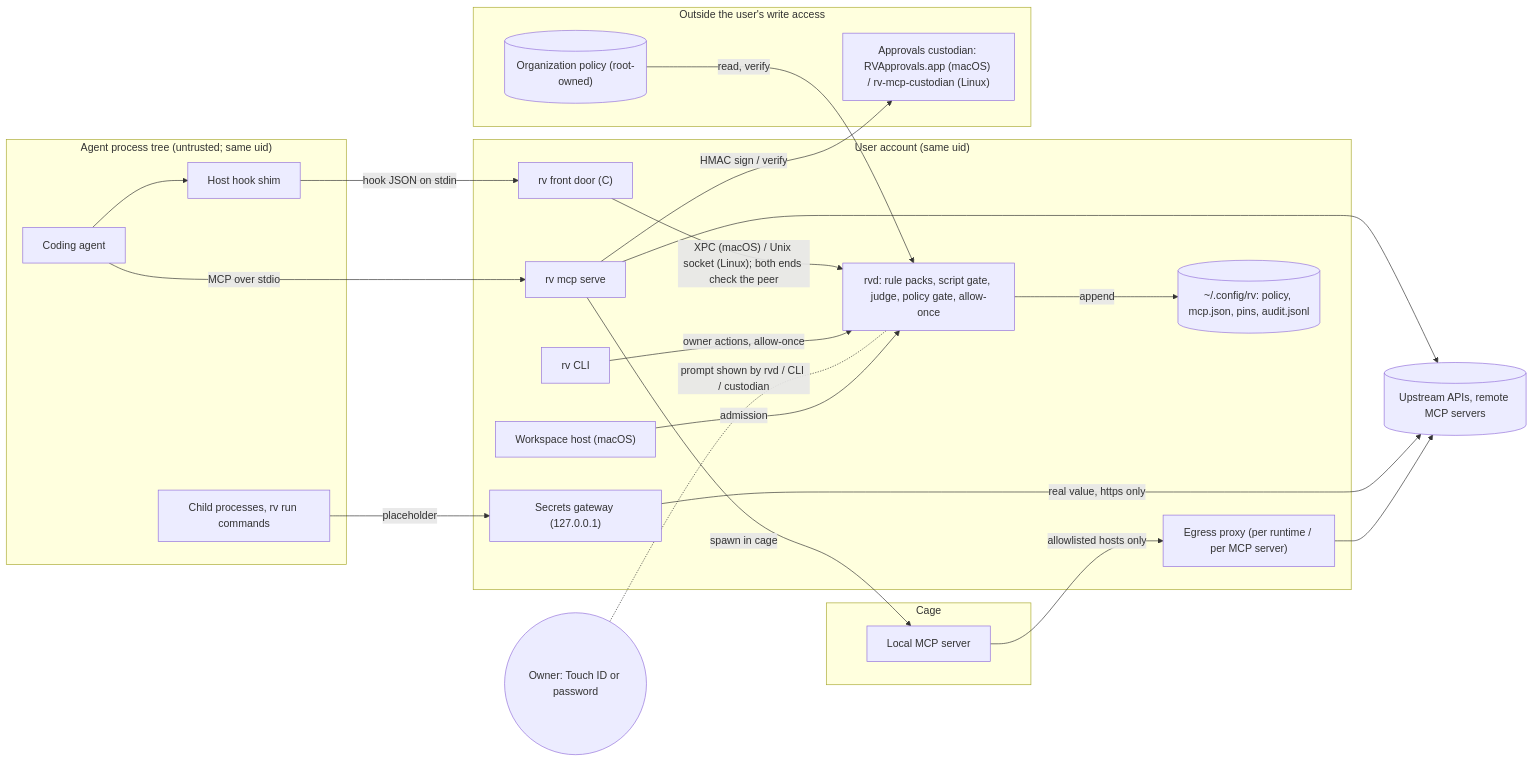
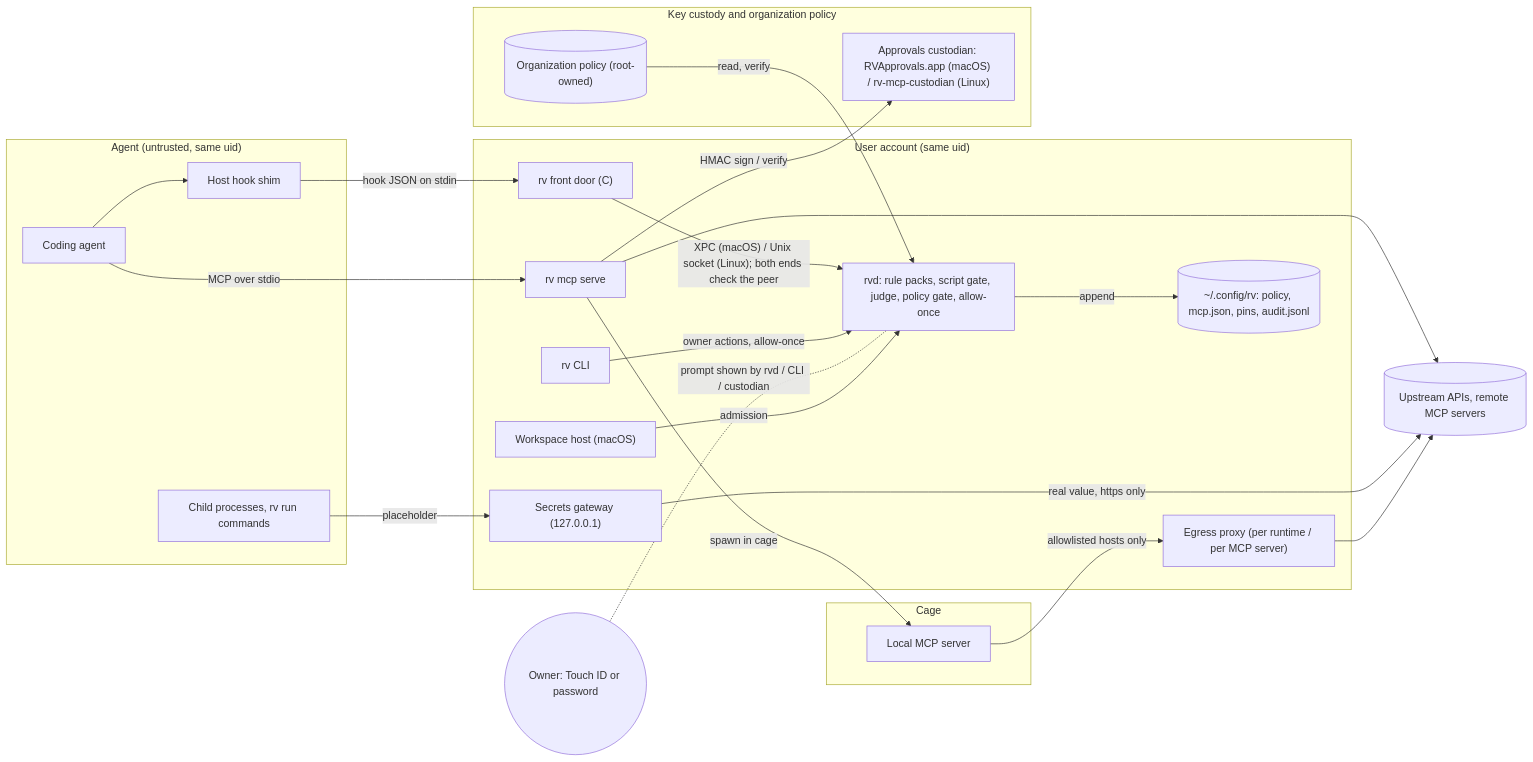
Before and after one commit to christopherkarani/rv: the diagram in docs/security/overview.md, drawn with Mermaid. The commit also changed other lines of this file, not shown here.

````diff
--- a/docs/security/overview.md
+++ b/docs/security/overview.md
@@ -111,44 +113,44 @@
 ```mermaid
 flowchart LR
-  subgraph AG["Agent process tree (untrusted; same uid)"]
+  subgraph AG["Agent (untrusted, same uid)"]
     A["Coding agent"]
     HK["Host hook shim"]
     CH["Child processes, rv run commands"]
   end
   subgraph US["User account (same uid)"]
     FD["rv front door (C)"]
     RVD["rvd: rule packs, script gate, judge, policy gate, allow-once"]
     CLI["rv CLI"]
     GW["Secrets gateway (127.0.0.1)"]
     EP["Egress proxy (per runtime / per MCP server)"]
     SV["rv mcp serve"]
     CFG[("~/.config/rv: policy, mcp.json, pins, audit.jsonl")]
     WH["Workspace host (macOS)"]
   end
   subgraph CG["Cage"]
     MS["Local MCP server"]
   end
-  subgraph SYS["Outside the user's write access"]
+  subgraph SYS["Key custody and organization policy"]
     CU["Approvals custodian: RVApprovals.app (macOS) / rv-mcp-custodian (Linux)"]
     MP[("Organization policy (root-owned)")]
   end
   OW(("Owner: Touch ID or password"))
   UP[("Upstream APIs, remote MCP servers")]
 
   A --> HK
   HK -- "hook JSON on stdin" --> FD
   FD -- "XPC (macOS) / Unix socket (Linux); both ends check the peer" --> RVD
   CLI -- "owner actions, allow-once" --> RVD
   OW -. "prompt shown by rvd / CLI / custodian" .- RVD
   RVD -- "append" --> CFG
   MP -- "read, verify" --> RVD
   A -- "MCP over stdio" --> SV
   SV -- "spawn in cage" --> MS
   SV -- "HMAC sign / verify" --> CU
   SV --> UP
   CH -- "placeholder" --> GW
   GW -- "real value, https only" --> UP
   MS -- "allowlisted hosts only" --> EP
   EP --> UP
   WH -- "admission" --> RVD
 ```
````
